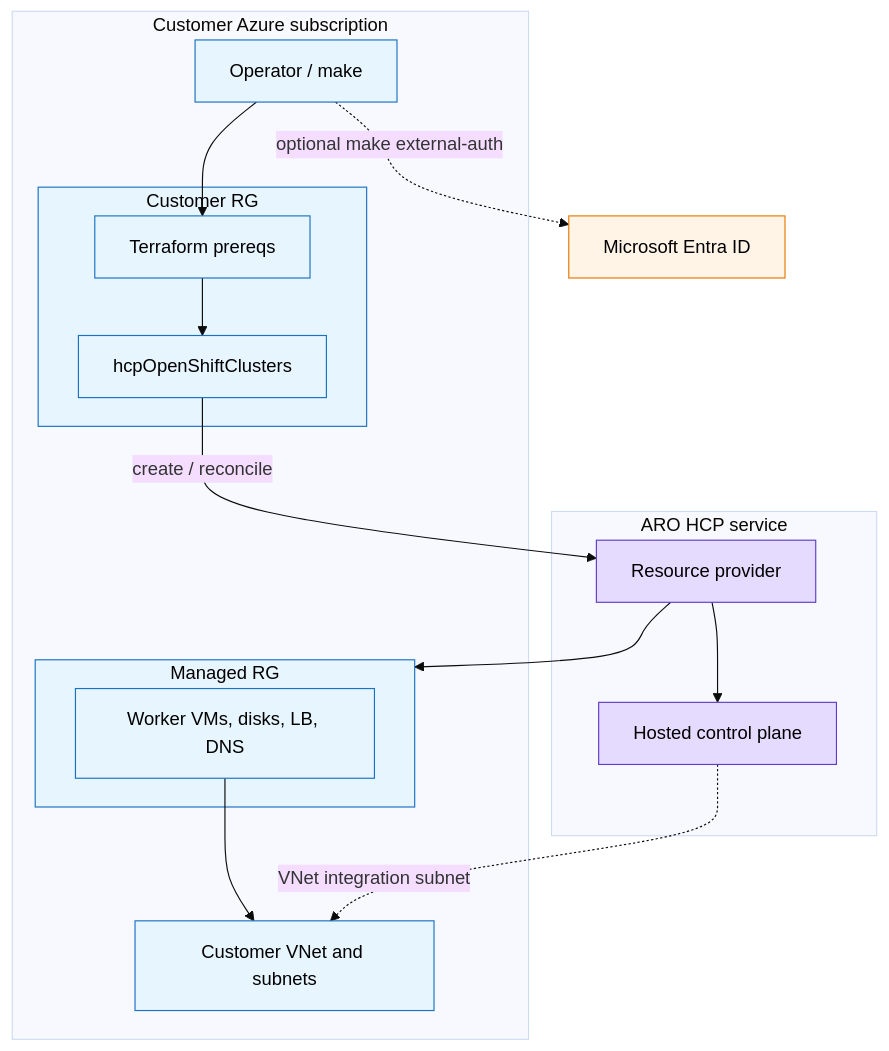
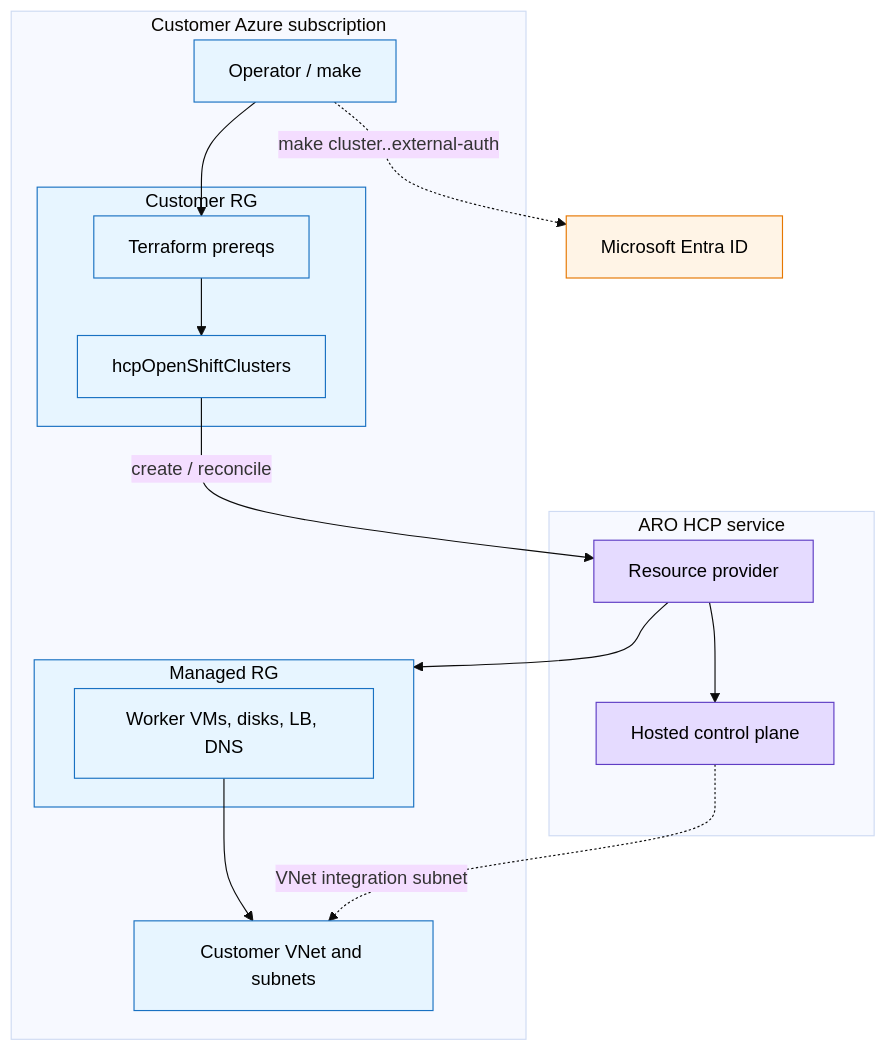
Before and after one commit to rh-mobb/aro-hcp: the first of 12 diagrams in docs/architecture.md, drawn with Mermaid (base theme). The commit also changed other lines of this file and 95 other files, not shown here.

First line of the commit message:
feat: modular terraform, per-cluster make targets, and operator docs

````diff
--- a/docs/architecture.md
+++ b/docs/architecture.md
@@ -39,37 +41,37 @@
 ```mermaid
 flowchart TB
     subgraph customer["Customer Azure subscription"]
         operator["Operator / make"]
         subgraph custRg["Customer RG"]
             prereqs["Terraform prereqs"]
             armCluster["hcpOpenShiftClusters"]
         end
         subgraph mrg["Managed RG"]
             workers["Worker VMs, disks, LB, DNS"]
         end
         vnet["Customer VNet and subnets"]
     end
 
     subgraph service["ARO HCP service"]
         rp["Resource provider"]
         hcp["Hosted control plane"]
     end
 
     entra["Microsoft Entra ID"]
 
     operator --> prereqs
     prereqs --> armCluster
     armCluster -->|"create / reconcile"| rp
     rp --> hcp
     rp --> mrg
     workers --> vnet
     hcp -.->|"VNet integration subnet"| vnet
-    operator -.->|"optional make external-auth"| entra
+    operator -.->|"make cluster.<name>.external-auth"| entra
 
     classDef fillCust fill:#e7f5ff,stroke:#1971c2,color:#000
     classDef fillSvc fill:#e5dbff,stroke:#5f3dc4,color:#000
     classDef fillOpt fill:#fff4e6,stroke:#e67700,color:#000
     class operator,custRg,mrg,vnet,prereqs,armCluster,workers fillCust
     class rp,hcp fillSvc
     class entra fillOpt
 ```
````
